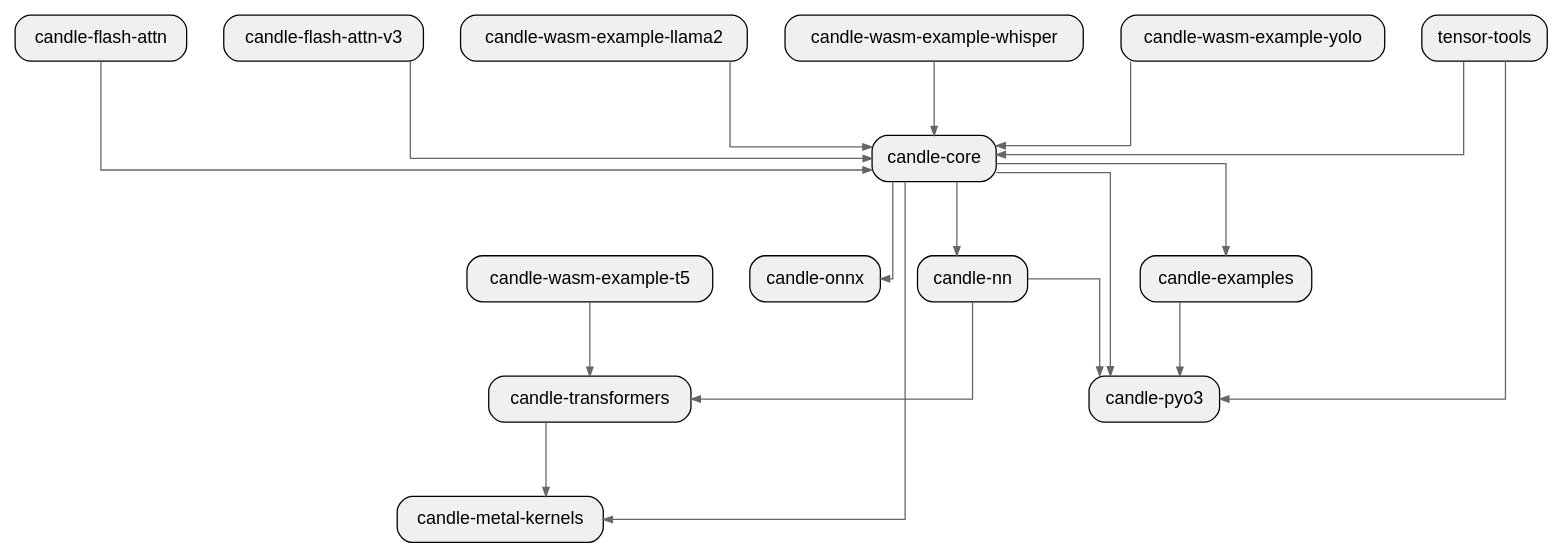
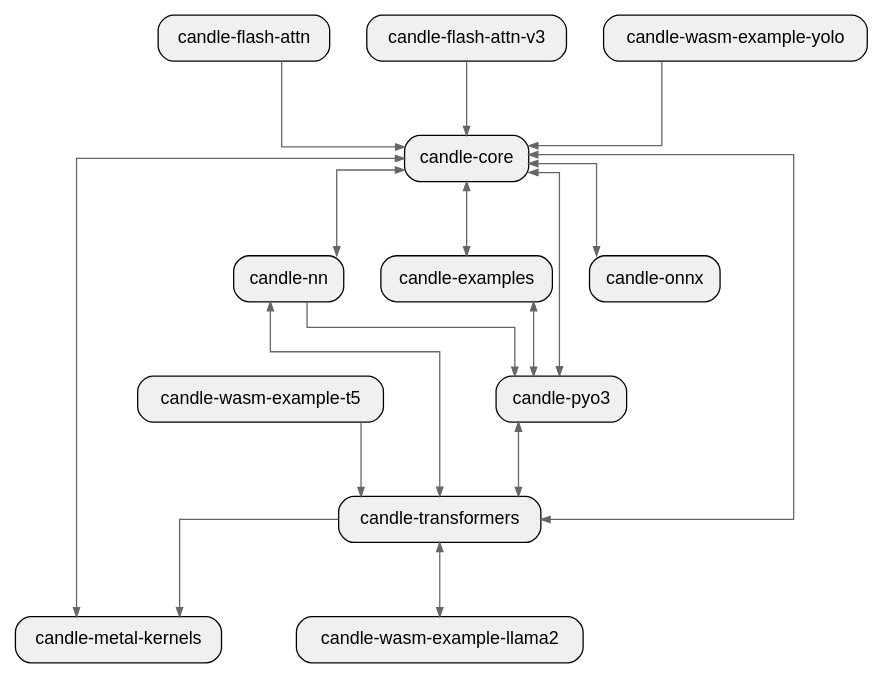
One commit to allenanswerzq/llmcc changed the diagram in sample/rust/candle/depth_1_crate.dot. Above: the diagram before and after it, drawn with Graphviz. The commit also changed 199 other files, not shown here.

```diff
--- a/sample/rust/candle/depth_1_crate.dot
+++ b/sample/rust/candle/depth_1_crate.dot
@@ -1,48 +1,45 @@
 digraph architecture {
   // Layout settings
   rankdir=TB;
   ranksep=0.8;
   nodesep=0.4;
   splines=ortho;
   concentrate=true;
 
   node [shape=box, style="rounded,filled", fillcolor="#f0f0f0", fontname="Helvetica"];
   edge [color="#666666", arrowsize=0.7];
 
   labelloc=t;
   fontsize=16;
   fontname="Helvetica Bold";
 
   crate_candle_core[label="candle-core"];
   crate_candle_examples[label="candle-examples"];
   crate_candle_flash_attn[label="candle-flash-attn"];
   crate_candle_flash_attn_v3[label="candle-flash-attn-v3"];
   crate_candle_metal_kernels[label="candle-metal-kernels"];
   crate_candle_nn[label="candle-nn"];
   crate_candle_onnx[label="candle-onnx"];
   crate_candle_pyo3[label="candle-pyo3"];
   crate_candle_transformers[label="candle-transformers"];
   crate_candle_wasm_example_llama2[label="candle-wasm-example-llama2"];
   crate_candle_wasm_example_t5[label="candle-wasm-example-t5"];
-  crate_candle_wasm_example_whisper[label="candle-wasm-example-whisper"];
   crate_candle_wasm_example_yolo[label="candle-wasm-example-yolo"];
-  crate_tensor_tools[label="tensor-tools"];
 
-  crate_candle_core -> crate_candle_examples;
-  crate_candle_core -> crate_candle_metal_kernels;
-  crate_candle_core -> crate_candle_nn;
-  crate_candle_core -> crate_candle_onnx;
-  crate_candle_core -> crate_candle_pyo3;
-  crate_candle_examples -> crate_candle_pyo3;
+  crate_candle_core -> crate_candle_examples [dir=both]; // dir best-effort not accurate
+  crate_candle_core -> crate_candle_metal_kernels [dir=both]; // dir best-effort not accurate
+  crate_candle_core -> crate_candle_nn [dir=both]; // dir best-effort not accurate
+  crate_candle_core -> crate_candle_onnx [dir=both]; // dir best-effort not accurate
+  crate_candle_core -> crate_candle_pyo3 [dir=both]; // dir best-effort not accurate
+  crate_candle_core -> crate_candle_transformers [dir=both]; // dir best-effort not accurate
+  crate_candle_examples -> crate_candle_pyo3 [dir=both]; // dir best-effort not accurate
   crate_candle_flash_attn -> crate_candle_core;
   crate_candle_flash_attn_v3 -> crate_candle_core;
   crate_candle_nn -> crate_candle_pyo3;
-  crate_candle_nn -> crate_candle_transformers;
+  crate_candle_nn -> crate_candle_transformers [dir=both]; // dir best-effort not accurate
+  crate_candle_pyo3 -> crate_candle_transformers [dir=both]; // dir best-effort not accurate
   crate_candle_transformers -> crate_candle_metal_kernels;
-  crate_candle_wasm_example_llama2 -> crate_candle_core;
+  crate_candle_transformers -> crate_candle_wasm_example_llama2 [dir=both]; // dir best-effort not accurate
   crate_candle_wasm_example_t5 -> crate_candle_transformers;
-  crate_candle_wasm_example_whisper -> crate_candle_core;
   crate_candle_wasm_example_yolo -> crate_candle_core;
-  crate_tensor_tools -> crate_candle_core;
-  crate_tensor_tools -> crate_candle_pyo3;
 }
```
